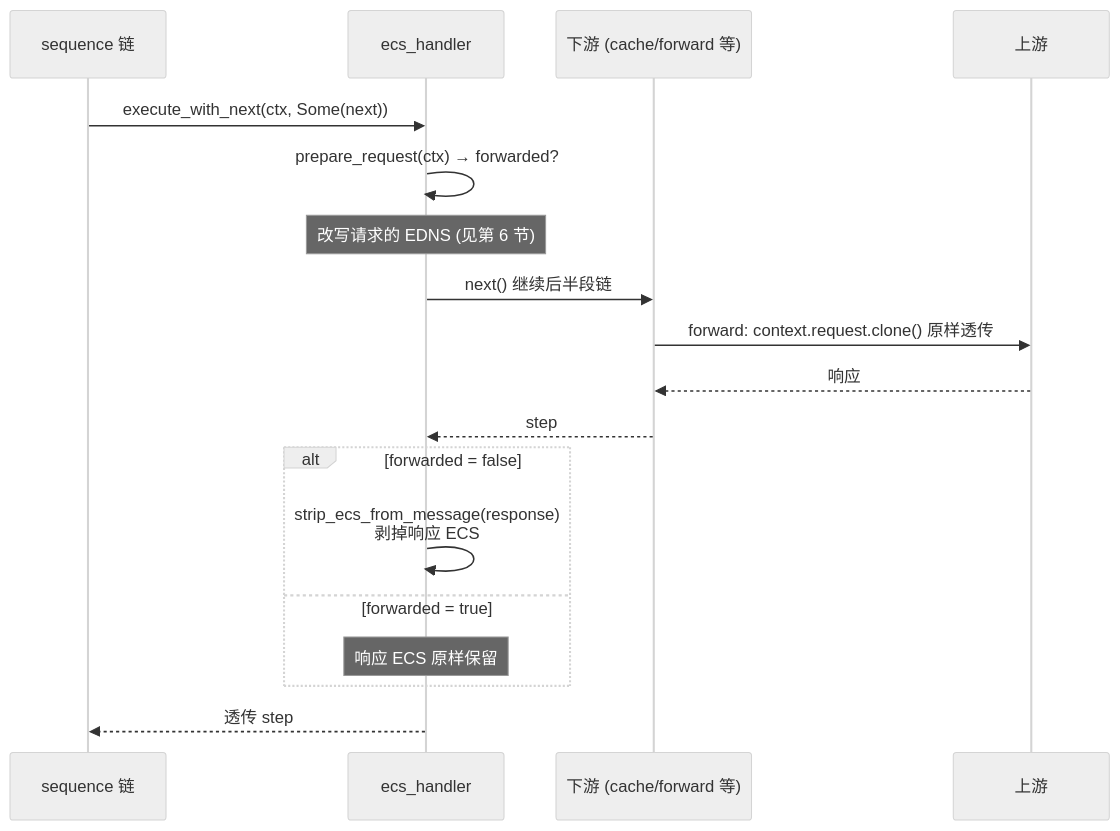
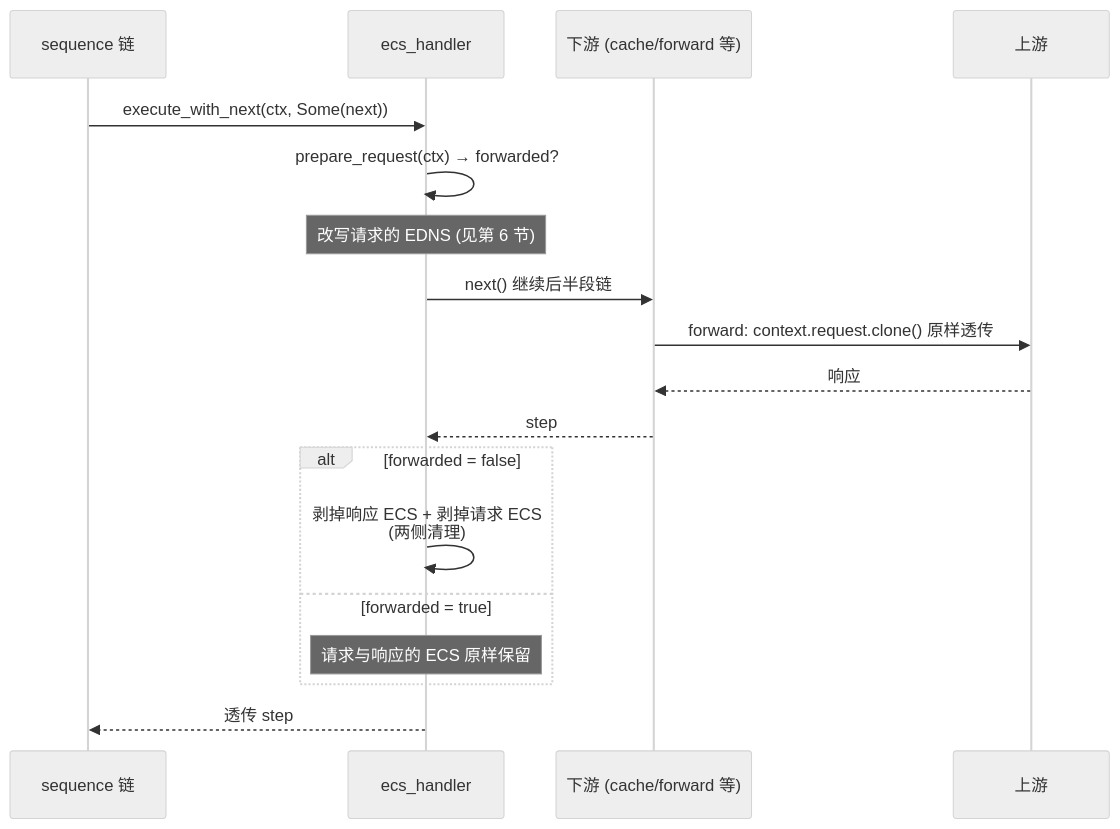
One commit to SharerMax/oxidns changed the second of 5 diagrams in learning/oxidns-plugin-ecs-handler.md. Above: the diagram before and after it, drawn with Mermaid (neutral theme). The commit also changed other lines of this file, not shown here.

Commit message:
docs(learning): sync ecs_handler analysis with post-stage request cleanup

````diff
--- a/learning/oxidns-plugin-ecs-handler.md
+++ b/learning/oxidns-plugin-ecs-handler.md
@@ -89,20 +89,20 @@
 ```mermaid
 sequenceDiagram
     participant Seq as sequence 链
     participant E as ecs_handler
     participant Down as 下游 (cache/forward 等)
     participant Up as 上游
     Seq->>E: execute_with_next(ctx, Some(next))
     E->>E: prepare_request(ctx) → forwarded?
     Note over E: 改写请求的 EDNS (见第 6 节)
     E->>Down: next() 继续后半段链
     Down->>Up: forward: context.request.clone() 原样透传
     Up-->>Down: 响应
     Down-->>E: step
     alt forwarded = false
-        E->>E: strip_ecs_from_message(response)<br/>剥掉响应 ECS
+        E->>E: 剥掉响应 ECS + 剥掉请求 ECS<br/>(两侧清理)
     else forwarded = true
-        Note over E: 响应 ECS 原样保留
+        Note over E: 请求与响应的 ECS 原样保留
     end
     E-->>Seq: 透传 step
 ```
````
